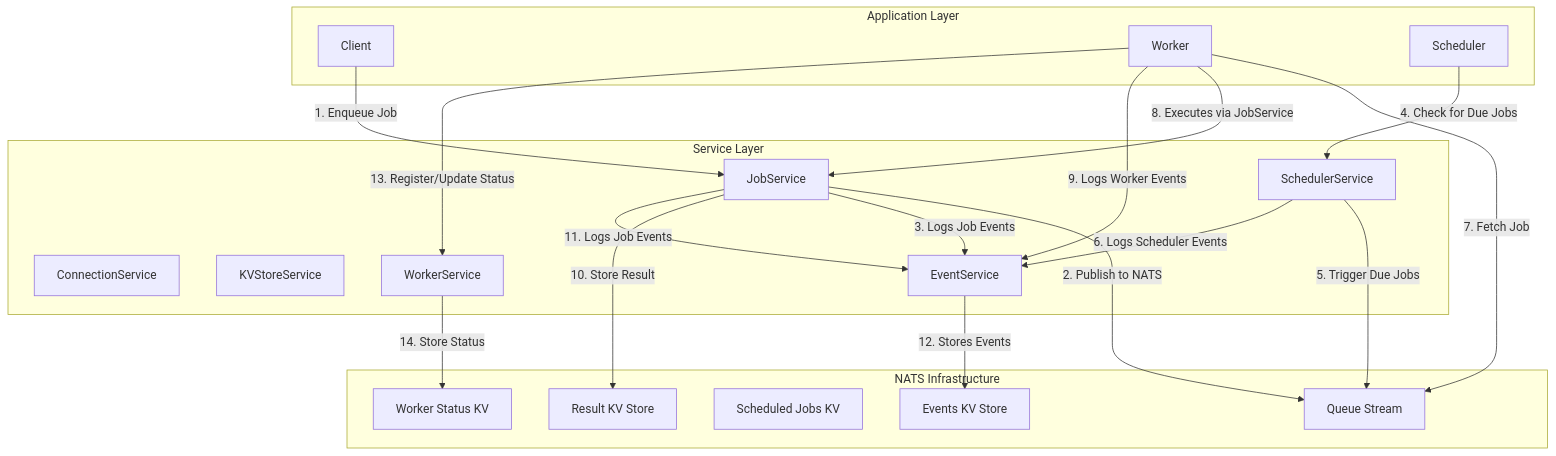
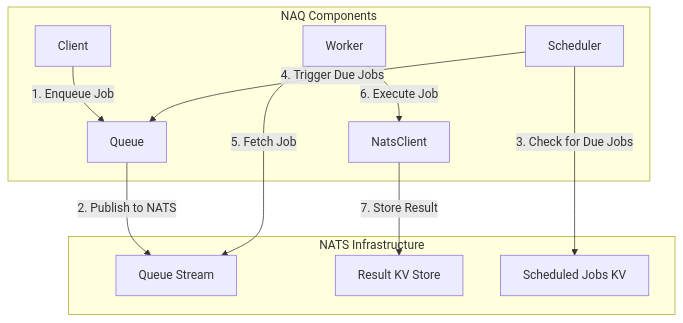
One commit to legout/naq changed the diagram in docs/architecture.qmd. Above: the diagram before and after it, drawn with Mermaid. The commit also changed other lines of this file and 81 other files, not shown here.

Commit message:
Remove unit tests for settings module and add comprehensive tests for synchronous API wrapper, including SyncNatsClient, SyncQueue, and SyncWorker functionalities, ensuring proper connection handling, job processing, and thread safety.

````diff
--- a/docs/architecture.qmd
+++ b/docs/architecture.qmd
@@ -78,44 +22,26 @@
 ```{mermaid}
 graph TD
-    subgraph "Application Layer"
+    subgraph "NAQ Components"
         Client[Client]
         Worker[Worker]
         Scheduler[Scheduler]
-    end
-    
-    subgraph "Service Layer"
-        JobService[JobService]
-        ConnectionService[ConnectionService]
-        KVStoreService[KVStoreService]
-        EventService[EventService]
-        WorkerService[WorkerService]
-        SchedulerService[SchedulerService]
+        Queue[Queue]
+        NatsClient[NatsClient]
     end
 
     subgraph "NATS Infrastructure"
         QueueStream[Queue Stream]
         ResultStore[Result KV Store]
         ScheduledJobs[Scheduled Jobs KV]
-        WorkerStatus[Worker Status KV]
-        EventsKV[Events KV Store]
     end
 
-    Client -- "1. Enqueue Job" --> JobService
-    JobService -- "2. Publish to NATS" --> QueueStream
-    JobService -- "3. Logs Job Events" --> EventService
+    Client -- "1. Enqueue Job" --> Queue
+    Queue -- "2. Publish to NATS" --> QueueStream
     
-    Scheduler -- "4. Check for Due Jobs" --> SchedulerService
-    SchedulerService -- "5. Trigger Due Jobs" --> QueueStream
-    SchedulerService -- "6. Logs Scheduler Events" --> EventService
+    Scheduler -- "3. Check for Due Jobs" --> ScheduledJobs
+    Scheduler -- "4. Trigger Due Jobs" --> Queue
     
-    Worker -- "7. Fetch Job" --> QueueStream
-    Worker -- "8. Executes via JobService" --> JobService
-    Worker -- "9. Logs Worker Events" --> EventService
-    JobService -- "10. Store Result" --> ResultStore
-    JobService -- "11. Logs Job Events" --> EventService
-    
-    EventService -- "12. Stores Events" --> EventsKV
-    
-    Worker -- "13. Register/Update Status" --> WorkerService
-    WorkerService -- "14. Store Status" --> WorkerStatus
+    Worker -- "5. Fetch Job" --> QueueStream
+    Worker -- "6. Execute Job" --> NatsClient
+    NatsClient -- "7. Store Result" --> ResultStore
 ```
````
